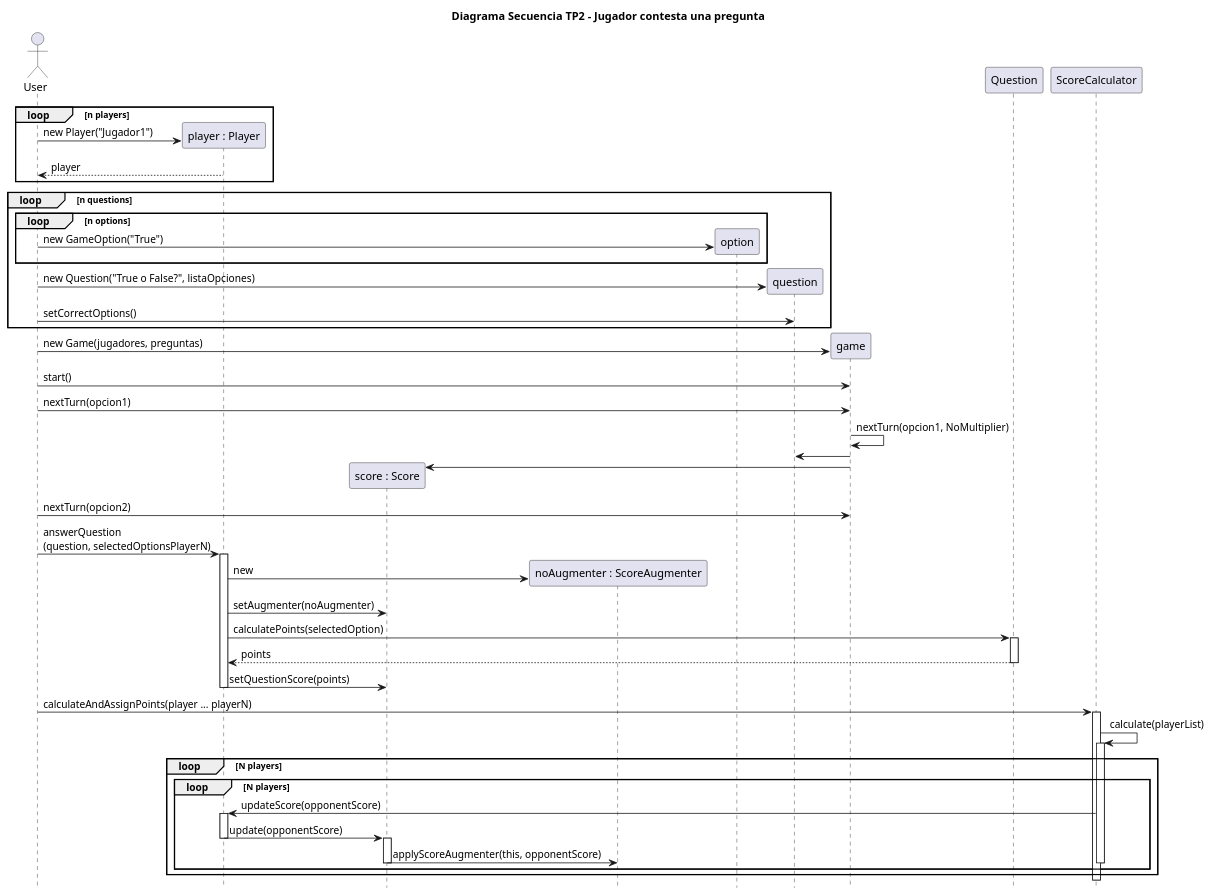
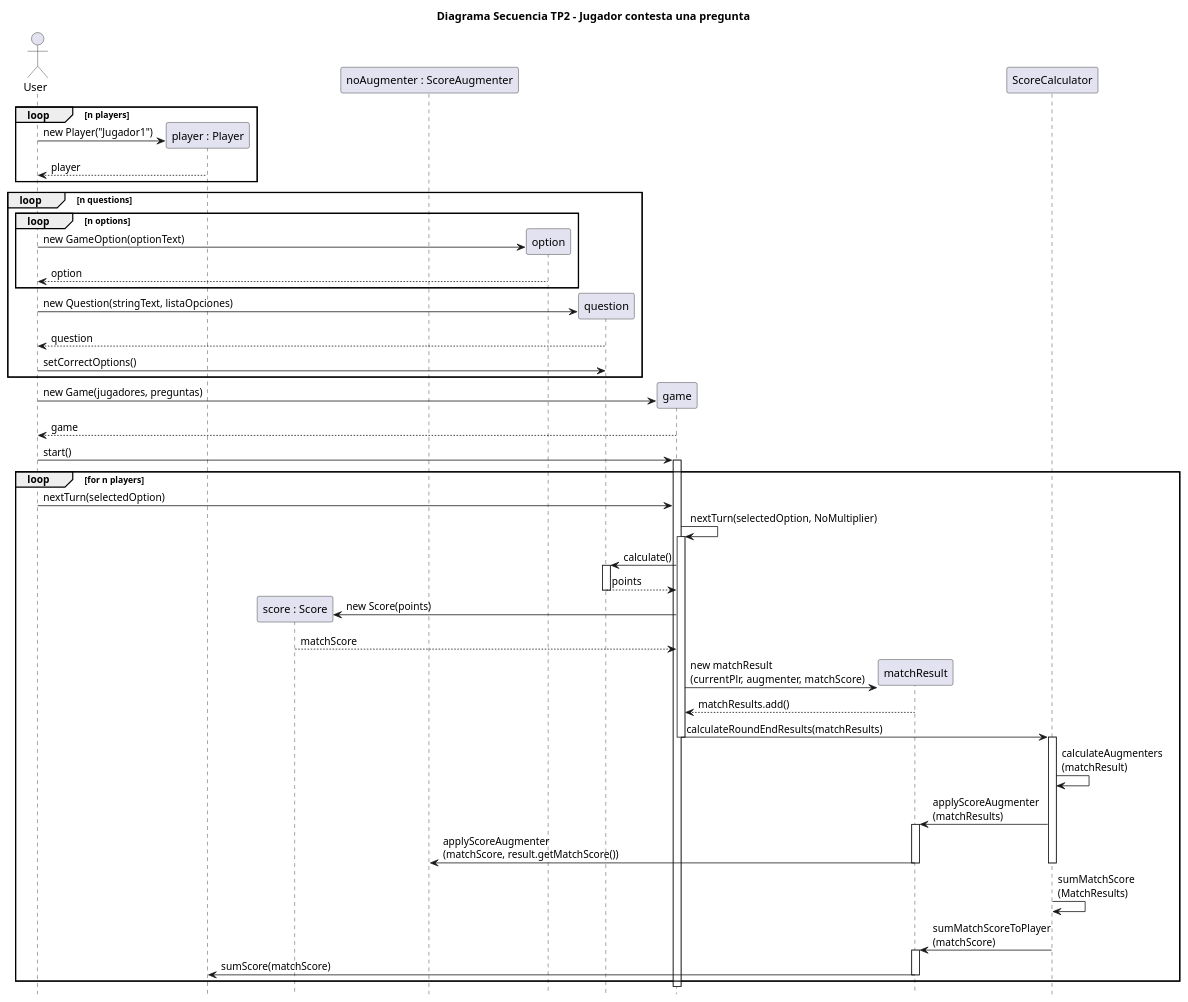
Before and after one commit to GEscandar/TP2-Kahoot: the diagram in docs/DiagramaSecuencia-ConestarPregunta.plantuml, drawn with PlantUML. The commit also changed 3 other files, not shown here.

First line of the commit message:
Actualización diagramas de secuencia

```diff
--- a/docs/DiagramaSecuencia-ConestarPregunta.plantuml
+++ b/docs/DiagramaSecuencia-ConestarPregunta.plantuml
@@ -1,74 +1,64 @@
 @startuml
 
 actor User
 title Diagrama Secuencia TP2 - Jugador contesta una pregunta
 hide footbox
 
 participant "player : Player" as player
 participant "score : Score" as score
 participant "noAugmenter : ScoreAugmenter" as noMultiplier
 
 loop n players
 User -> player ** : new Player("Jugador1")
 player --> User : player
 end loop
 
 loop n questions 
 loop n options 
-User -> option ** : new GameOption("True")
+User -> option ** : new GameOption(optionText)
+option --> User : option
 end loop
-User -> question ** : new Question("True o False?", listaOpciones)
+User -> question ** : new Question(stringText, listaOpciones)
+question --> User : question
 User -> question : setCorrectOptions()
 end loop
 
 User -> game ** : new Game(jugadores, preguntas)
+game --> User : game
+User -> game : start()
+activate game
 
-User -> game : start()
+loop for n players
+User -> game : nextTurn(selectedOption)
+game-> game : nextTurn(selectedOption, NoMultiplier)
+activate game
 
-User -> game : nextTurn(opcion1)
-game-> game : nextTurn(opcion1, NoMultiplier)
-game -> question
-game -> score**
+game -> question : calculate()
+activate question
+question --> game : points
+deactivate question
 
-User -> game : nextTurn(opcion2)
+game -> score** : new Score(points)
+score --> game : matchScore
 
+game -> matchResult** : new matchResult\n(currentPlr, augmenter, matchScore)
+matchResult --> game : matchResults.add()
 
-
-User -> player : answerQuestion\n(question, selectedOptionsPlayerN)
-activate player
-
-player -> noMultiplier** : new
-player -> score : setAugmenter(noAugmenter) 
-
-player -> Question : calculatePoints(selectedOption)
-
-activate Question
-Question --> player : points
-deactivate Question
-
-player -> score : setQuestionScore(points)
-deactivate player
-
-User -> ScoreCalculator : calculateAndAssignPoints(player ... playerN)
+game -> ScoreCalculator : calculateRoundEndResults(matchResults)
+deactivate game
 activate ScoreCalculator
-
-
-
-ScoreCalculator -> ScoreCalculator : calculate(playerList)
-activate ScoreCalculator
-loop N players
-loop N players
-ScoreCalculator -> player : updateScore(opponentScore)
-activate player
-player -> score : update(opponentScore)
-deactivate player
-activate score
-score -> noMultiplier : applyScoreAugmenter(this, opponentScore)
-deactivate score
-
+ScoreCalculator -> ScoreCalculator : calculateAugmenters\n(matchResult)
+ScoreCalculator -> matchResult : applyScoreAugmenter\n(matchResults)
+activate matchResult
+matchResult -> noMultiplier : applyScoreAugmenter\n(matchScore, result.getMatchScore()) 
+deactivate matchResult
 deactivate ScoreCalculator
+ScoreCalculator -> ScoreCalculator : sumMatchScore\n(MatchResults)
+ScoreCalculator -> matchResult : sumMatchScoreToPlayer\n(matchScore)
+activate matchResult
+matchResult -> player : sumScore(matchScore)
+deactivate matchResult
 end loop
-end loop
-deactivate ScoreCalculator
+deactivate game
 
 @enduml
```
